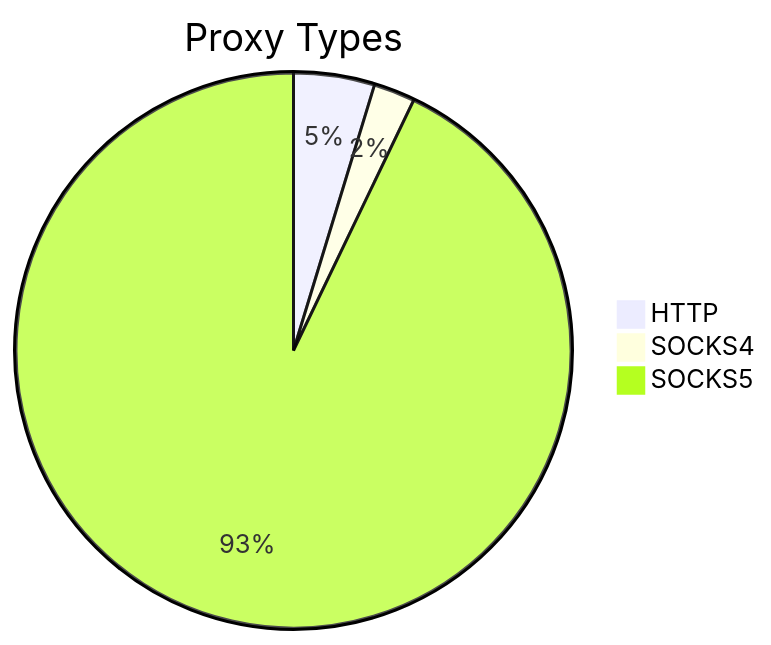
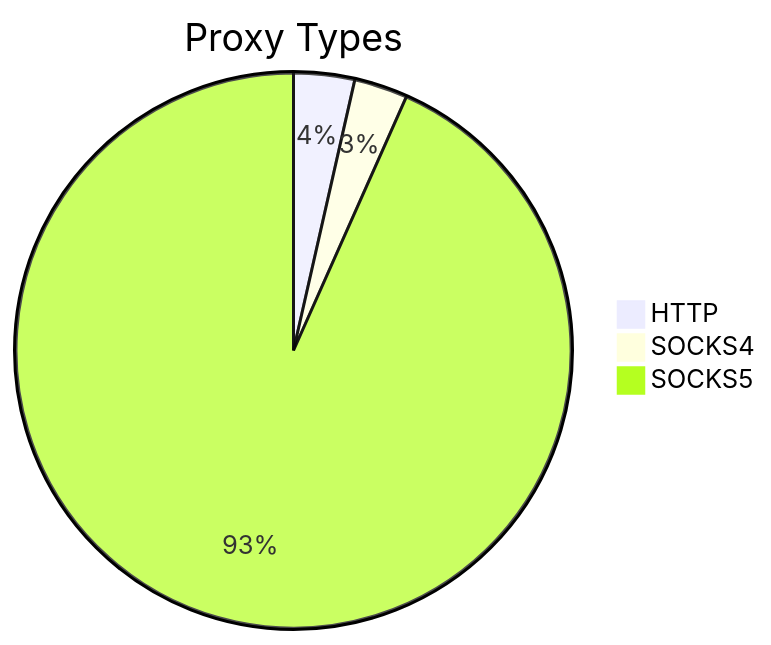
One commit to stormsia/proxy-list changed the first of 2 diagrams in README.md. Above: the diagram before and after it, drawn with Mermaid. The commit also changed other lines of this file, not shown here.

````diff
--- a/README.md
+++ b/README.md
@@ -21,6 +21,6 @@
 ```mermaid
 pie title Proxy Types
-    "HTTP" : 82
-    "SOCKS4" : 42
-    "SOCKS5" : 1616
+    "HTTP" : 74
+    "SOCKS4" : 65
+    "SOCKS5" : 1947
 ```
````
